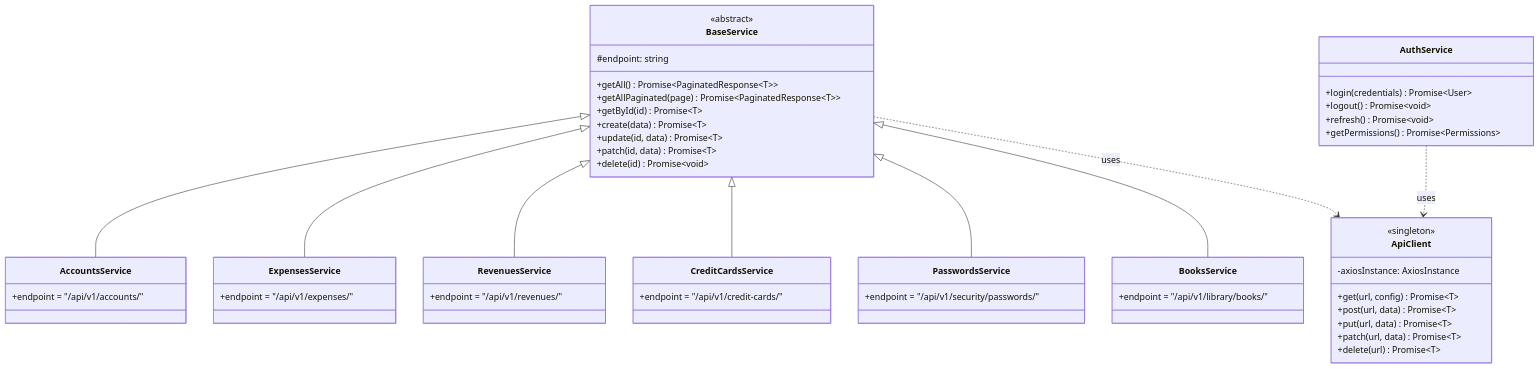
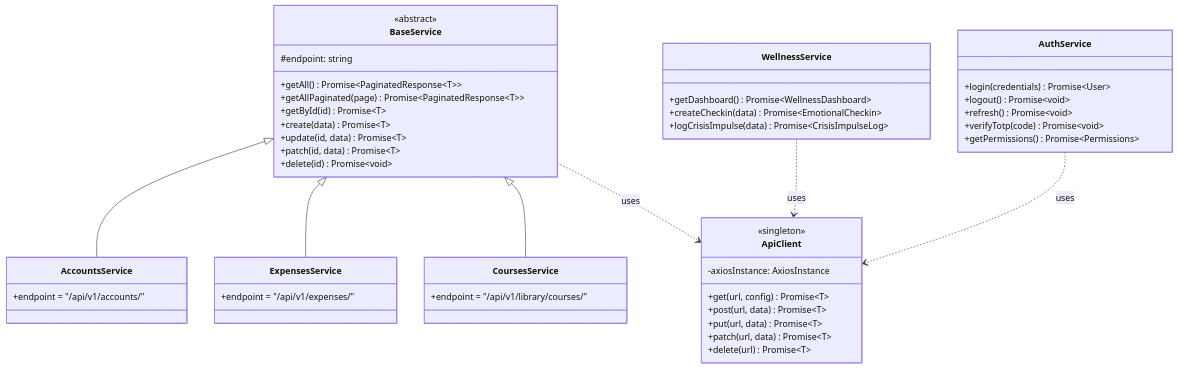
Before and after one commit to tarcisioribeiro/Axiom: diagram 18 of 24 in documentation/architecture/diagrams.md, drawn with Mermaid. The commit also changed other lines of this file and 5 other files, not shown here.

Commit message:
docs: updated diagrams

````diff
--- a/documentation/architecture/diagrams.md
+++ b/documentation/architecture/diagrams.md
@@ -499,64 +1533,57 @@
 ```mermaid
 classDiagram
     class BaseService {
         <<abstract>>
         #endpoint: string
         +getAll() Promise~PaginatedResponse~T~~
         +getAllPaginated(page) Promise~PaginatedResponse~T~~
         +getById(id) Promise~T~
         +create(data) Promise~T~
         +update(id, data) Promise~T~
         +patch(id, data) Promise~T~
         +delete(id) Promise~void~
     }
 
     class AccountsService {
         +endpoint = "/api/v1/accounts/"
     }
 
     class ExpensesService {
         +endpoint = "/api/v1/expenses/"
     }
 
-    class RevenuesService {
-        +endpoint = "/api/v1/revenues/"
+    class CoursesService {
+        +endpoint = "/api/v1/library/courses/"
     }
 
-    class CreditCardsService {
-        +endpoint = "/api/v1/credit-cards/"
-    }
-
-    class PasswordsService {
-        +endpoint = "/api/v1/security/passwords/"
-    }
-
-    class BooksService {
-        +endpoint = "/api/v1/library/books/"
+    class WellnessService {
+        +getDashboard() Promise~WellnessDashboard~
+        +createCheckin(data) Promise~EmotionalCheckin~
+        +logCrisisImpulse(data) Promise~CrisisImpulseLog~
     }
 
     class AuthService {
         +login(credentials) Promise~User~
         +logout() Promise~void~
         +refresh() Promise~void~
+        +verifyTotp(code) Promise~void~
         +getPermissions() Promise~Permissions~
     }
 
     class ApiClient {
         <<singleton>>
         -axiosInstance: AxiosInstance
         +get(url, config) Promise~T~
         +post(url, data) Promise~T~
         +put(url, data) Promise~T~
         +patch(url, data) Promise~T~
         +delete(url) Promise~T~
     }
 
     BaseService <|-- AccountsService
     BaseService <|-- ExpensesService
-    BaseService <|-- RevenuesService
-    BaseService <|-- CreditCardsService
-    BaseService <|-- PasswordsService
-    BaseService <|-- BooksService
+    BaseService <|-- CoursesService
     BaseService ..> ApiClient : uses
+    WellnessService ..> ApiClient : uses
     AuthService ..> ApiClient : uses
 ```
````
